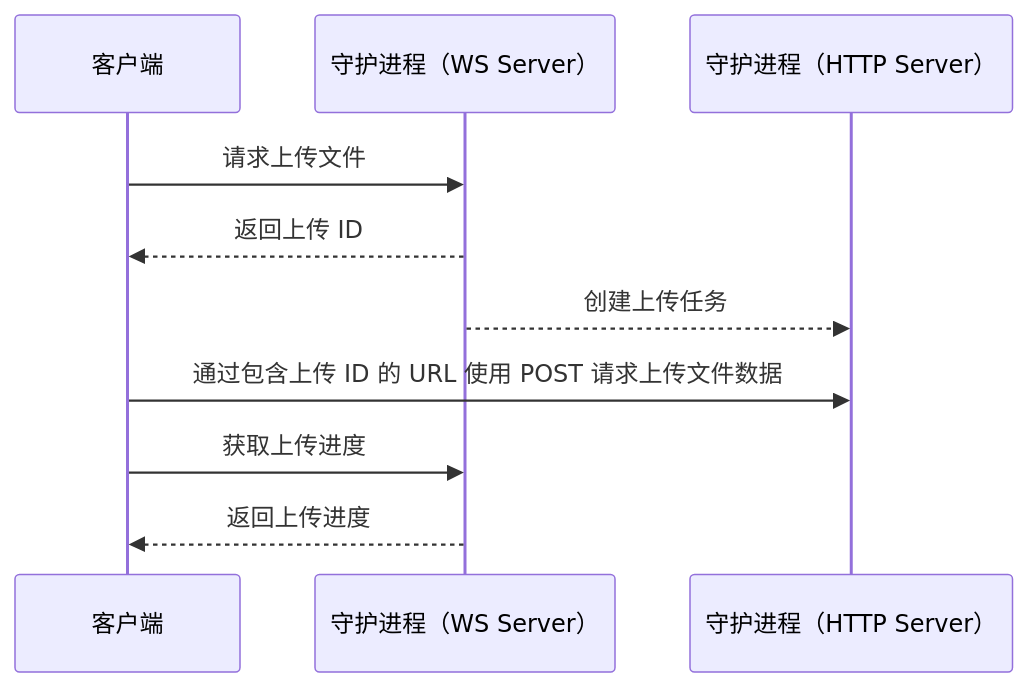
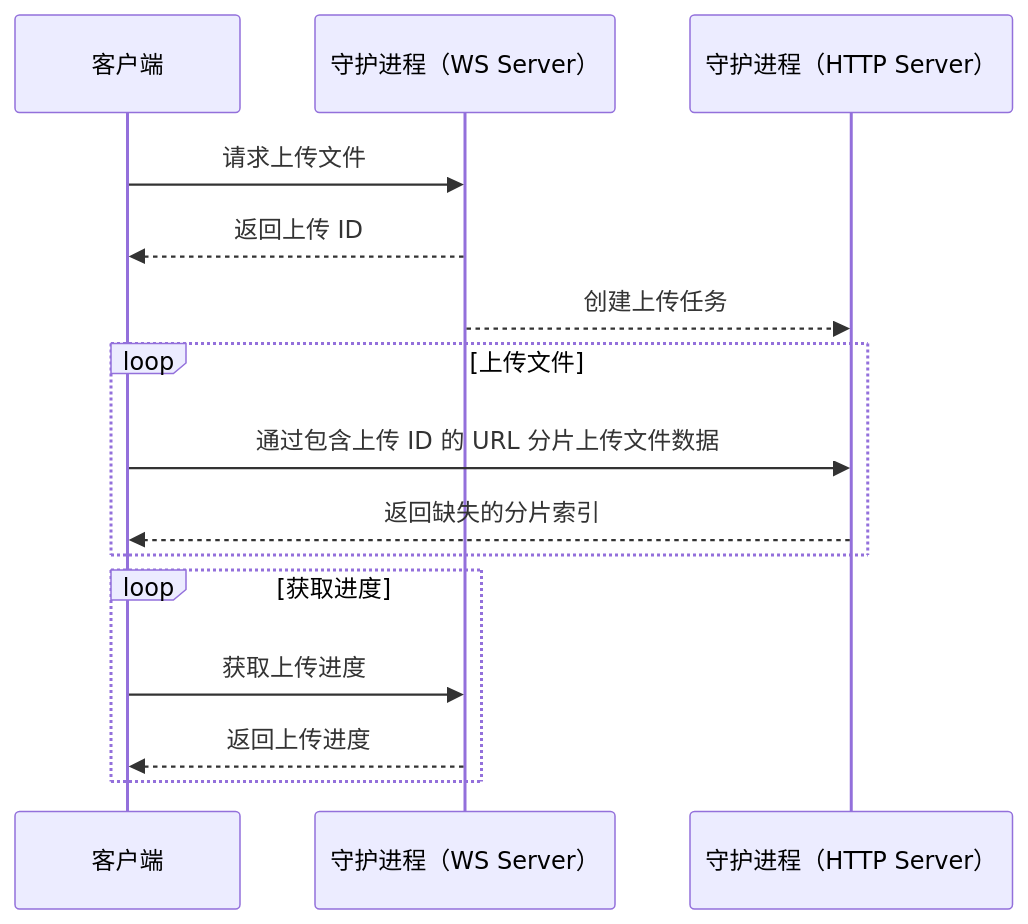
One commit to MCSLTeam/mcsl-future-protocol changed the first of 2 diagrams in topics/file-transfer.md. Above: the diagram before and after it, drawn with Mermaid. The commit also changed other lines of this file and 2 other files, not shown here.

````diff
--- a/topics/file-transfer.md
+++ b/topics/file-transfer.md
@@ -11,9 +11,14 @@
 ```mermaid
 sequenceDiagram
     客户端 ->> 守护进程（WS Server）: 请求上传文件
     守护进程（WS Server） -->> 客户端: 返回上传 ID
     守护进程（WS Server） -->> 守护进程（HTTP Server）: 创建上传任务
-    客户端 ->> 守护进程（HTTP Server）: 通过包含上传 ID 的 URL 使用 POST 请求上传文件数据
-    客户端 ->> 守护进程（WS Server）: 获取上传进度
-    守护进程（WS Server） -->> 客户端: 返回上传进度
+    loop 上传文件
+        客户端 ->> 守护进程（HTTP Server）: 通过包含上传 ID 的 URL 分片上传文件数据
+        守护进程（HTTP Server） -->> 客户端: 返回缺失的分片索引
+    end
+    loop 获取进度
+        客户端 ->> 守护进程（WS Server）: 获取上传进度
+        守护进程（WS Server） -->> 客户端: 返回上传进度
+    end
 ```
````
